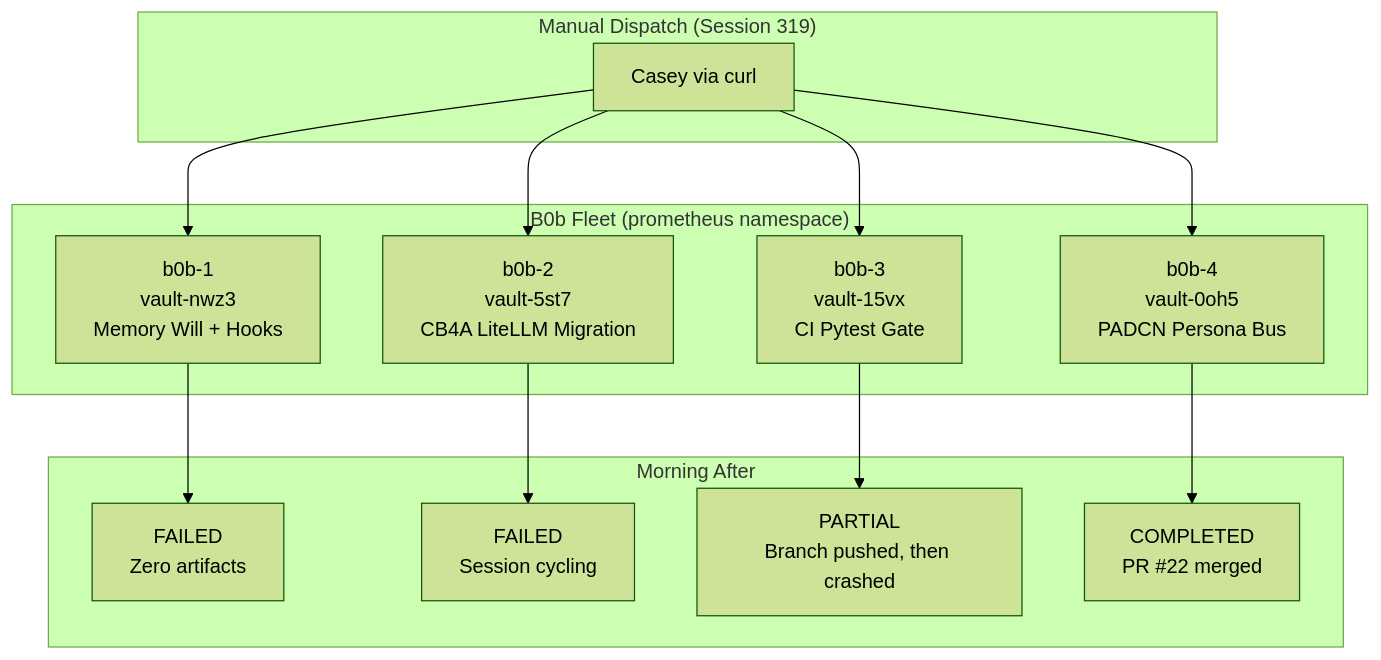
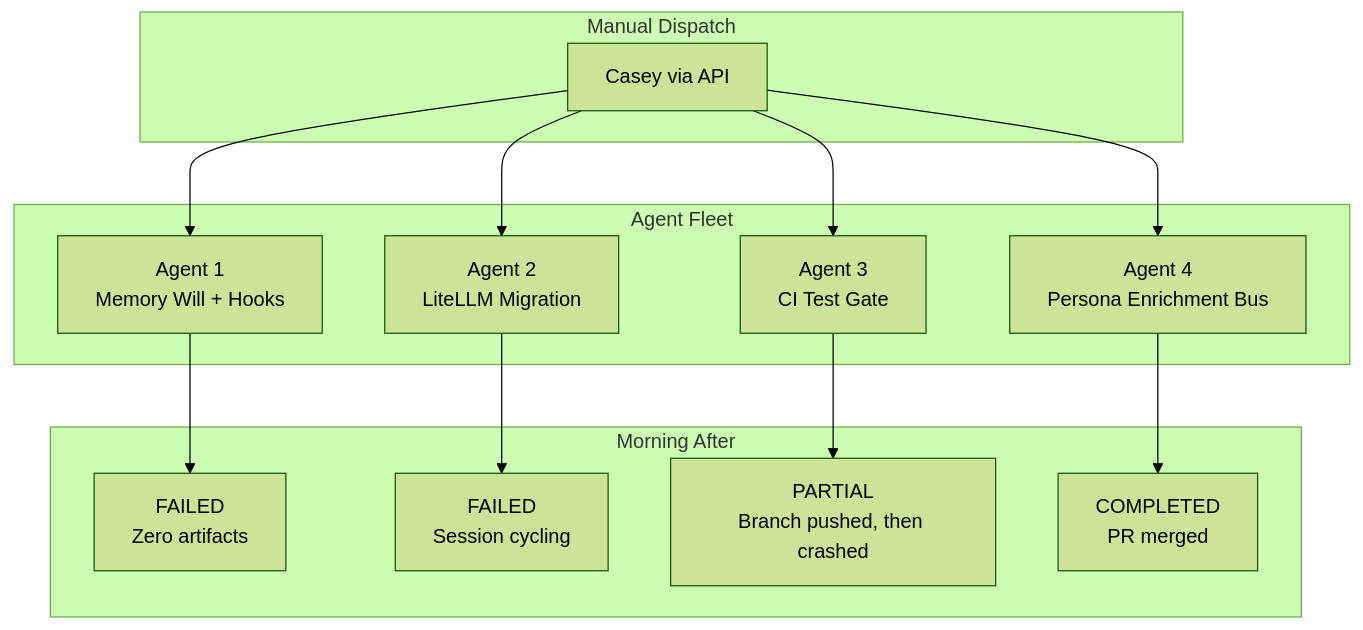
Before and after one commit to CyberdaemonAI/cyberdaemon-site: the first of 3 diagrams in src/content/build-logs/b0b-first-fleet.mdx, drawn with Mermaid (forest theme). The commit also changed other lines of this file and 3 other files, not shown here.

````diff
--- a/src/content/build-logs/b0b-first-fleet.mdx
+++ b/src/content/build-logs/b0b-first-fleet.mdx
@@ -44,30 +43,30 @@
 ```mermaid
 graph TD
-    subgraph Dispatch["Manual Dispatch (Session 319)"]
-        D[Casey via curl]
+    subgraph Dispatch["Manual Dispatch"]
+        D[Casey via API]
     end
 
-    subgraph Fleet["B0b Fleet (prometheus namespace)"]
-        B1["b0b-1<br/>vault-nwz3<br/>Memory Will + Hooks"]
-        B2["b0b-2<br/>vault-5st7<br/>CB4A LiteLLM Migration"]
-        B3["b0b-3<br/>vault-15vx<br/>CI Pytest Gate"]
-        B4["b0b-4<br/>vault-0oh5<br/>PADCN Persona Bus"]
+    subgraph Fleet["Agent Fleet"]
+        B1["Agent 1<br/>Memory Will + Hooks"]
+        B2["Agent 2<br/>LiteLLM Migration"]
+        B3["Agent 3<br/>CI Test Gate"]
+        B4["Agent 4<br/>Persona Enrichment Bus"]
     end
 
     subgraph Results["Morning After"]
         R1["FAILED<br/>Zero artifacts"]
         R2["FAILED<br/>Session cycling"]
         R3["PARTIAL<br/>Branch pushed, then crashed"]
-        R4["COMPLETED<br/>PR #22 merged"]
+        R4["COMPLETED<br/>PR merged"]
     end
 
     D --> B1
     D --> B2
     D --> B3
     D --> B4
 
     B1 --> R1
     B2 --> R2
     B3 --> R3
     B4 --> R4
 ```
````
